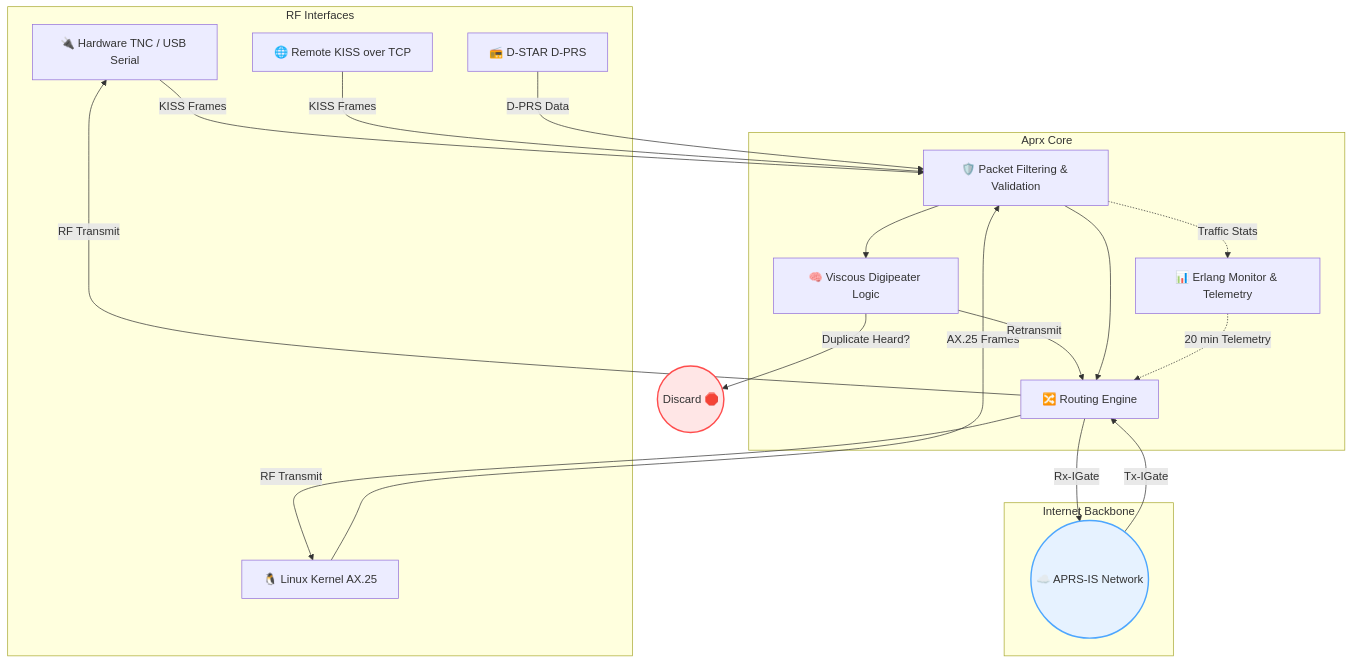
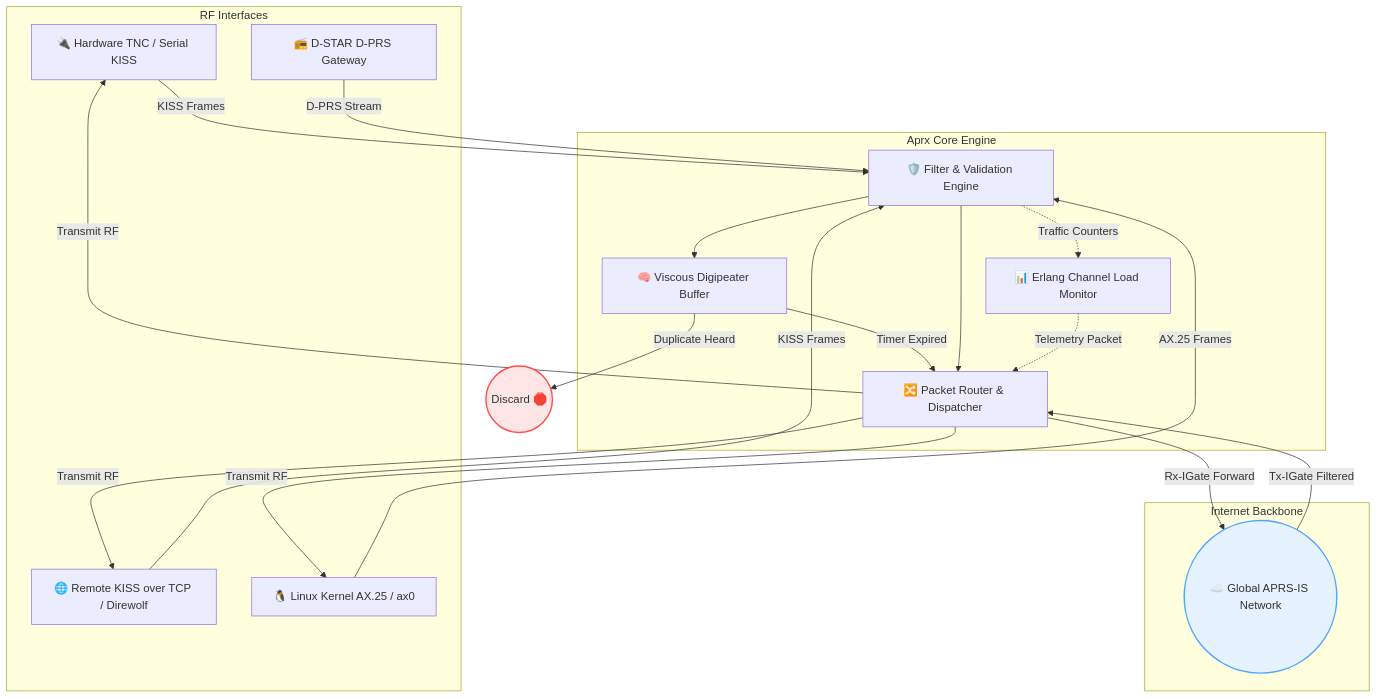
Before and after one commit to 9M2PJU/aprx: the diagram in README.md, drawn with Mermaid. The commit also changed other lines of this file, not shown here.

Commit message:
docs: update README with release matrix, installation instructions, and architecture

````diff
--- a/README.md
+++ b/README.md
@@ -65,48 +86,49 @@
 ```mermaid
 graph TD
     subgraph RF Interfaces
-        TNC1[🔌 Hardware TNC / USB Serial]
-        TNC2[🌐 Remote KISS over TCP]
-        KAX25[🐧 Linux Kernel AX.25]
-        DPRS[📻 D-STAR D-PRS]
+        TNC1[🔌 Hardware TNC / Serial KISS]
+        TNC2[🌐 Remote KISS over TCP / Direwolf]
+        KAX25[🐧 Linux Kernel AX.25 / ax0]
+        DPRS[📻 D-STAR D-PRS Gateway]
     end
 
-    subgraph Aprx Core
-        FILTER[🛡️ Packet Filtering & Validation]
-        VDIGI[🧠 Viscous Digipeater Logic]
-        ERLANG[📊 Erlang Monitor & Telemetry]
-        ROUTER[🔀 Routing Engine]
+    subgraph Aprx Core Engine
+        FILTER[🛡️ Filter & Validation Engine]
+        VDIGI[🧠 Viscous Digipeater Buffer]
+        ERLANG[📊 Erlang Channel Load Monitor]
+        ROUTER[🔀 Packet Router & Dispatcher]
     end
 
     subgraph Internet Backbone
-        APRSIS((☁️ APRS-IS Network))
+        APRSIS((☁️ Global APRS-IS Network))
     end
 
-    %% Input flows
+    %% Inputs
     TNC1 -->|KISS Frames| FILTER
     TNC2 -->|KISS Frames| FILTER
     KAX25 -->|AX.25 Frames| FILTER
-    DPRS -->|D-PRS Data| FILTER
+    DPRS -->|D-PRS Stream| FILTER
 
-    %% Core logic
+    %% Filtering & Digipeating
     FILTER --> VDIGI
-    VDIGI -->|Duplicate Heard?| NULL((Discard 🛑))
-    VDIGI -->|Retransmit| ROUTER
+    VDIGI -->|Duplicate Heard| NULL((Discard 🛑))
+    VDIGI -->|Timer Expired| ROUTER
     
     FILTER --> ROUTER
     
-    %% IGate flows
-    ROUTER -->|Rx-IGate| APRSIS
-    APRSIS -->|Tx-IGate| ROUTER
+    %% Gateway Flow
+    ROUTER -->|Rx-IGate Forward| APRSIS
+    APRSIS -->|Tx-IGate Filtered| ROUTER
     
-    %% Transmit flows
-    ROUTER -->|RF Transmit| TNC1
-    ROUTER -->|RF Transmit| KAX25
+    %% Transmit
+    ROUTER -->|Transmit RF| TNC1
+    ROUTER -->|Transmit RF| TNC2
+    ROUTER -->|Transmit RF| KAX25
     
-    %% Telemetry flow
-    FILTER -.->|Traffic Stats| ERLANG
-    ERLANG -.->|20 min Telemetry| ROUTER
+    %% Telemetry
+    FILTER -.->|Traffic Counters| ERLANG
+    ERLANG -.->|Telemetry Packet| ROUTER
 
     style NULL fill:#ffe6e6,stroke:#ff4d4d,stroke-width:2px;
     style APRSIS fill:#e6f2ff,stroke:#4da6ff,stroke-width:2px;
 ```
````
